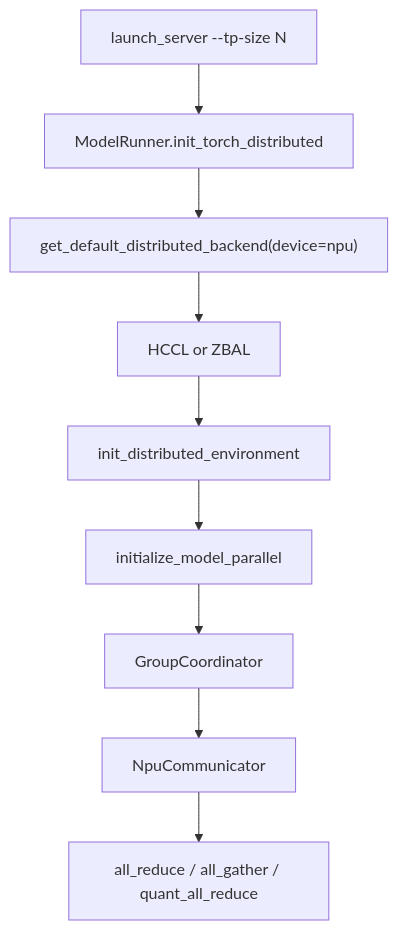
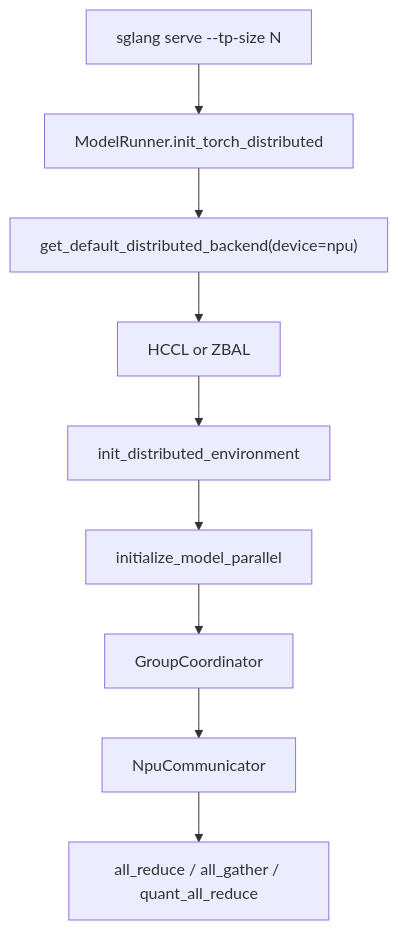
The first of 3 diagrams in learning/sglang-ascend-npu/07-distributed-hccl-tp.md (cl-vv-h/SGLang_Tutor), drawn with Mermaid before and after one commit. The commit also changed other lines of this file and 8 other files, not shown here.

````diff
--- a/learning/sglang-ascend-npu/07-distributed-hccl-tp.md
+++ b/learning/sglang-ascend-npu/07-distributed-hccl-tp.md
@@ -7,11 +7,11 @@
 ```mermaid
 flowchart TD
-  A["launch_server --tp-size N"] --> B["ModelRunner.init_torch_distributed"]
+  A["sglang serve --tp-size N"] --> B["ModelRunner.init_torch_distributed"]
   B --> C["get_default_distributed_backend(device=npu)"]
   C --> D["HCCL or ZBAL"]
   D --> E["init_distributed_environment"]
   E --> F["initialize_model_parallel"]
   F --> G["GroupCoordinator"]
   G --> H["NpuCommunicator"]
   H --> I["all_reduce / all_gather / quant_all_reduce"]
 ```
````
